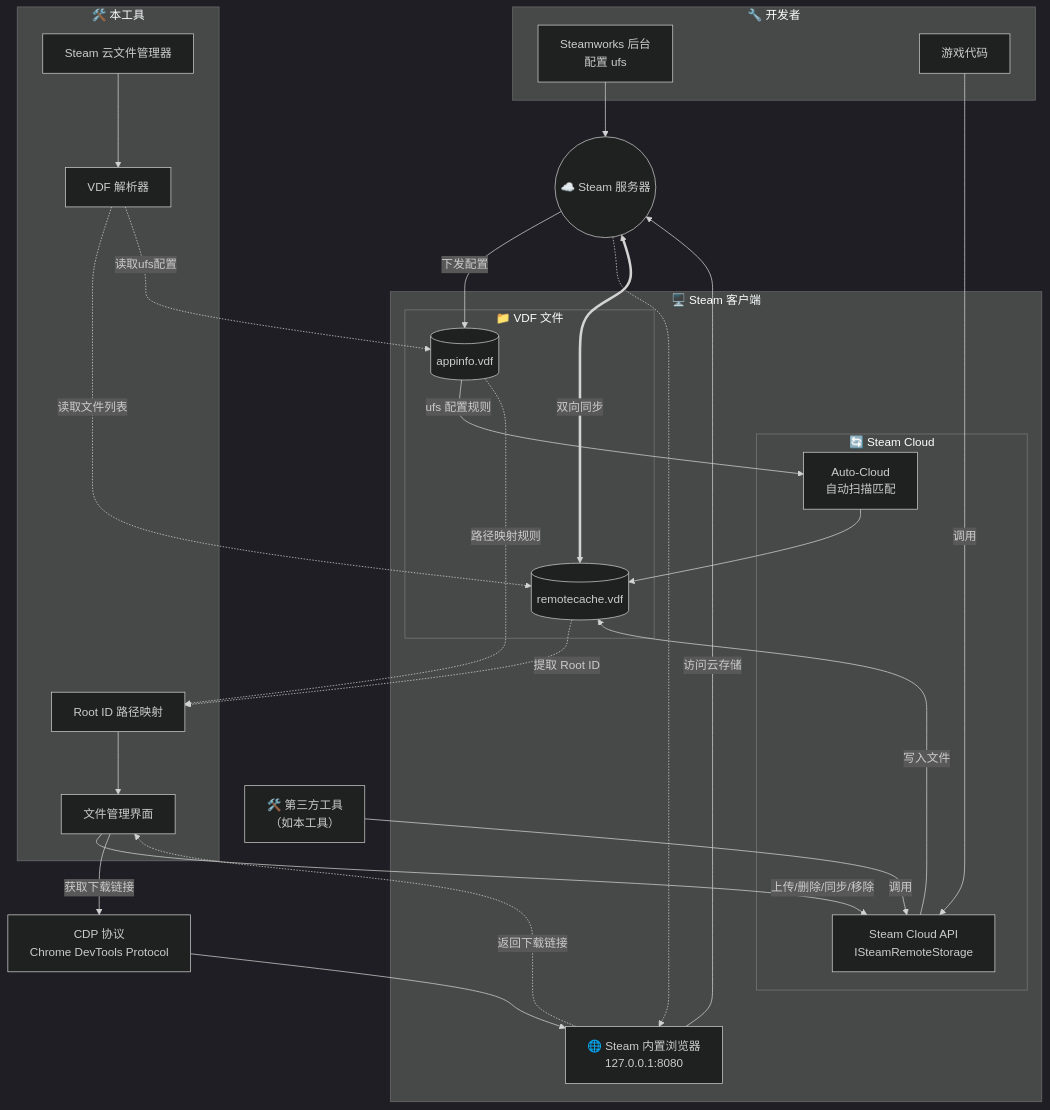
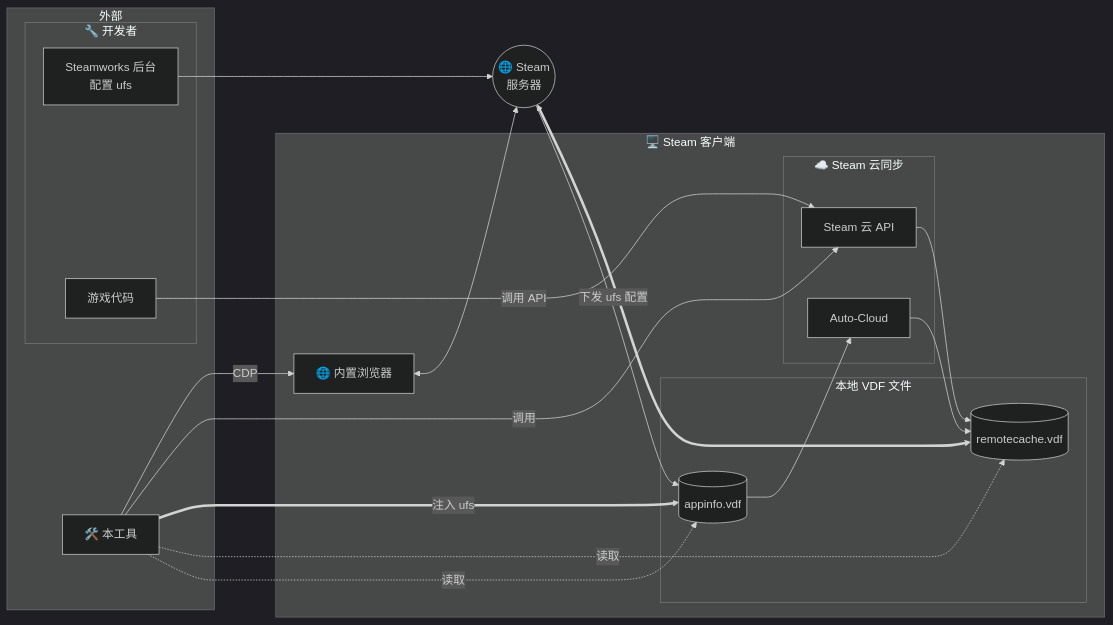
Before and after one commit to Fldicoahkiin/SteamCloudFileManager: the third of 4 diagrams in README.md, drawn with Mermaid (dark theme). The commit also changed other lines of this file and 2 other files, not shown here.

Commit message:
docs: 更新 README 文档，完善 UFS 配置管理功能说明

````diff
--- a/README.md
+++ b/README.md
@@ -349,68 +336,45 @@
 ```mermaid
-graph TB
-    subgraph dev["🔧 开发者"]
-        Steamworks["Steamworks 后台<br/>配置 ufs"]
-        GameCode["游戏代码"]
+graph LR
+    subgraph left["外部"]
+        subgraph dev["🔧 开发者"]
+            Steamworks["Steamworks 后台<br/>配置 ufs"]
+            GameCode["游戏代码"]
+        end
+        Tool["🛠️ 本工具"]
     end
     
-    Cloud(("☁️ Steam 服务器"))
-    
     subgraph client["🖥️ Steam 客户端"]
-        subgraph vdf["📁 VDF 文件"]
+        subgraph vdf["本地 VDF 文件"]
             AppInfo[(appinfo.vdf)]
             RemoteCache[(remotecache.vdf)]
         end
         
-        subgraph sync["🔄 Steam Cloud"]
-            Auto["Auto-Cloud<br/>自动扫描匹配"]
-            API["Steam Cloud API<br/>ISteamRemoteStorage"]
+        subgraph sync["☁️ Steam 云同步"]
+            Auto["Auto-Cloud"]
+            API["Steam 云 API"]
         end
         
-        SteamBrowser["🌐 Steam 内置浏览器<br/>127.0.0.1:8080"]
+        Browser["🌐 内置浏览器"]
     end
     
-    CDP["CDP 协议<br/>Chrome DevTools Protocol"]
+    Cloud(("🌐 Steam<br/>服务器"))
     
-    ThirdParty["🛠️ 第三方工具<br/>（如本工具）"]
+    %% 开发者流程
+    Steamworks --> Cloud
+    Cloud -->|下发 ufs 配置| AppInfo
+    GameCode -->|调用 API| API
     
-    subgraph tool["🛠️ 本工具"]
-        App["Steam 云文件管理器"]
-        Parser["VDF 解析器"]
-        Resolver["Root ID 路径映射"]
-        UI["文件管理界面"]
-    end
+    %% Steam 内部流程
+    AppInfo --> Auto
+    Auto --> RemoteCache
+    API --> RemoteCache
+    RemoteCache <===> Cloud
+    Browser <--> Cloud
     
-    %% Steamworks 配置 → Auto-Cloud
-    Steamworks --> Cloud
-    Cloud -->|下发配置| AppInfo
-    AppInfo -->|ufs 配置规则| Auto
-    Auto --> RemoteCache
-    
-    %% 游戏代码/第三方工具 → API
-    GameCode -->|调用| API
-    ThirdParty -->|调用| API
-    
-    %% 双向同步
-    API -->|写入文件| RemoteCache
-    RemoteCache <===>|双向同步| Cloud
-    
-    %% 本工具读取
-    App --> Parser
-    Parser -.读取文件列表.-> RemoteCache
-    Parser -.读取ufs配置.-> AppInfo
-    
-    %% Root ID 映射
-    RemoteCache -.提取 Root ID.-> Resolver
-    AppInfo -.路径映射规则.-> Resolver
-    Resolver --> UI
-    
-    %% 本工具调用 API（与游戏代码相同）
-    UI -->|上传/删除/同步/移除| API
-    
-    %% 下载链接
-    UI -->|获取下载链接| CDP
-    CDP --> SteamBrowser
-    SteamBrowser -->|访问云存储| Cloud
-    Cloud -.-> SteamBrowser
-    SteamBrowser -.返回下载链接.-> UI
+    %% 本工具的操作
+    Tool -.->|读取| AppInfo
+    Tool -.->|读取| RemoteCache
+    Tool ==>|注入 ufs| AppInfo
+    Tool -->|调用| API
+    Tool -->|CDP| Browser
 ```
````
